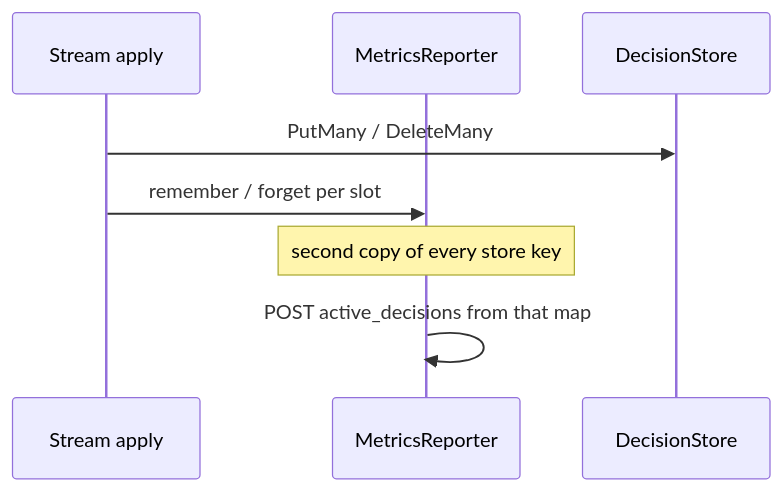
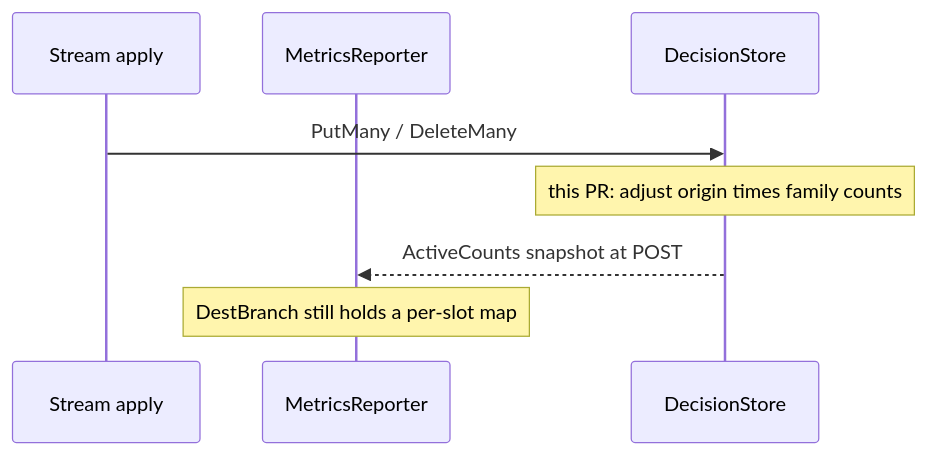
One commit to david-garcia-garcia/crowdsec-bouncer-traefik-plugin changed the diagram in devstate/2026/09/2026-09-20-store-active-decisions-gauge/card.md. Above: the diagram before and after it, drawn with Mermaid. The commit also changed other lines of this file and 3 other files, not shown here.

Commit message:
chore: record implement delivery card for 2026-09-20-store-active-decisions-gauge

````diff
--- a/devstate/2026/09/2026-09-20-store-active-decisions-gauge/card.md
+++ b/devstate/2026/09/2026-09-20-store-active-decisions-gauge/card.md
@@ -17,10 +17,10 @@
 ```mermaid
 sequenceDiagram
   participant Stream as Stream apply
   participant Reporter as MetricsReporter
   participant Store as DecisionStore
   Stream->>Store: PutMany / DeleteMany
-  Stream->>Reporter: remember / forget per slot
-  Note over Reporter: second copy of every store key
-  Reporter->>Reporter: POST active_decisions from that map
+  Note over Store: this PR: adjust origin times family counts
+  Store-->>Reporter: ActiveCounts snapshot at POST
+  Note over Reporter: DestBranch still holds a per-slot map
 ```
````
